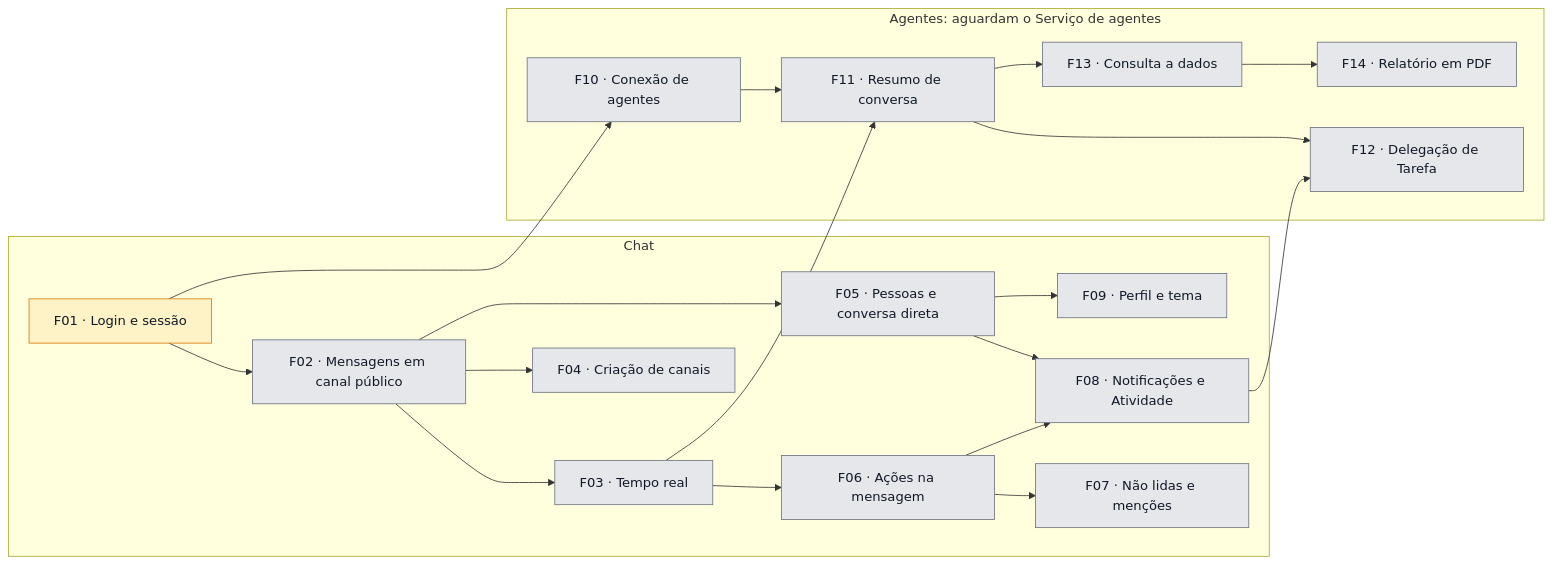
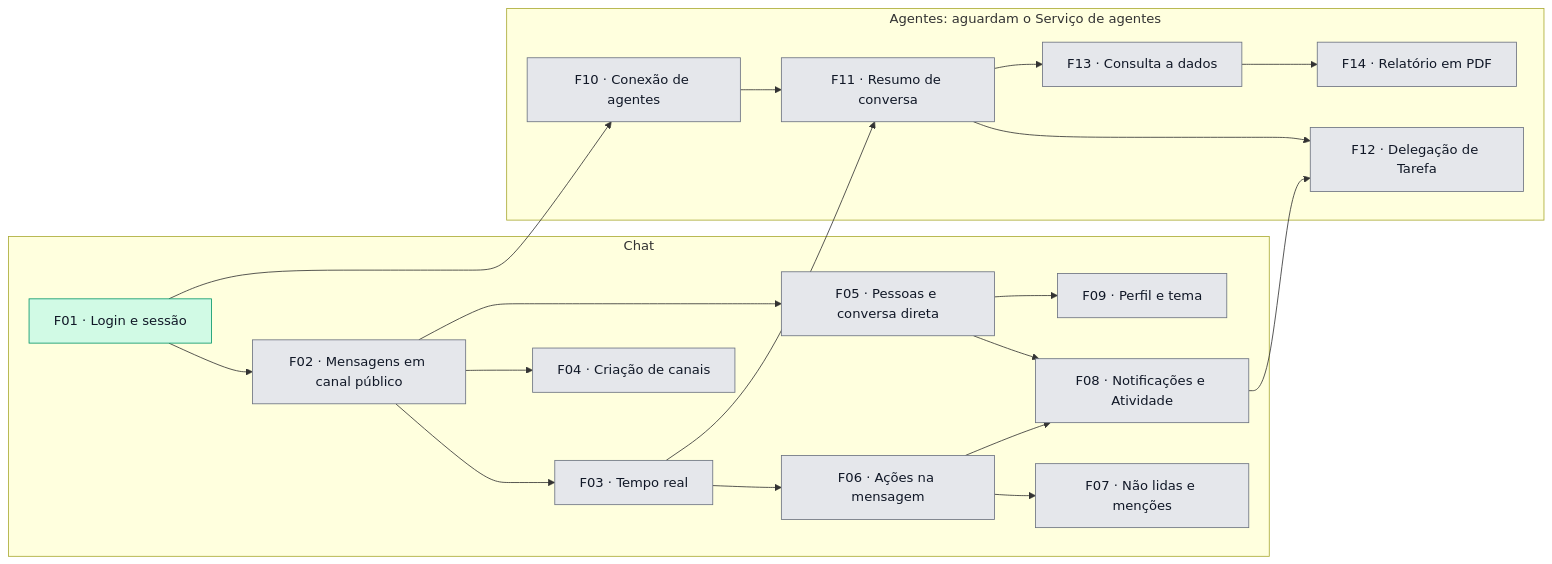
Before and after one commit to 1978bruno/fulldev_SKILL-Agentes-e-MCP-para-vibe-code: the diagram in docs/roadmap.md, drawn with Mermaid. The commit also changed other lines of this file and 2 other files, not shown here.

Commit message:
docs: registra a nota 100 do Lighthouse, conclui a F01-T04 e a F01

````diff
--- a/docs/roadmap.md
+++ b/docs/roadmap.md
@@ -48,48 +48,48 @@
 ```mermaid
 flowchart LR
   subgraph chat ["Chat"]
     F01["F01 · Login e sessão"]
     F02["F02 · Mensagens em canal público"]
     F03["F03 · Tempo real"]
     F04["F04 · Criação de canais"]
     F05["F05 · Pessoas e conversa direta"]
     F06["F06 · Ações na mensagem"]
     F07["F07 · Não lidas e menções"]
     F08["F08 · Notificações e Atividade"]
     F09["F09 · Perfil e tema"]
   end
 
   subgraph agentes ["Agentes: aguardam o Serviço de agentes"]
     F10["F10 · Conexão de agentes"]
     F11["F11 · Resumo de conversa"]
     F12["F12 · Delegação de Tarefa"]
     F13["F13 · Consulta a dados"]
     F14["F14 · Relatório em PDF"]
   end
 
   F01 --> F02
   F02 --> F03
   F02 --> F04
   F02 --> F05
   F03 --> F06
   F06 --> F07
   F05 --> F08
   F06 --> F08
   F05 --> F09
   F01 --> F10
   F03 --> F11
   F10 --> F11
   F08 --> F12
   F11 --> F12
   F11 --> F13
   F13 --> F14
 
   classDef planejada fill:#e5e7eb,stroke:#6b7280,color:#111827
   classDef prdPronto fill:#dbeafe,stroke:#3b82f6,color:#111827
   classDef specPronta fill:#bfdbfe,stroke:#1d4ed8,color:#111827
   classDef emAndamento fill:#fef3c7,stroke:#d97706,color:#111827
   classDef concluida fill:#d1fae5,stroke:#059669,color:#111827
 
-  class F01 emAndamento
+  class F01 concluida
   class F02,F03,F04,F05,F06,F07,F08,F09,F10,F11,F12,F13,F14 planejada
 ```
````
